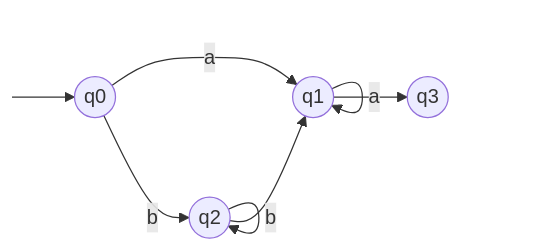
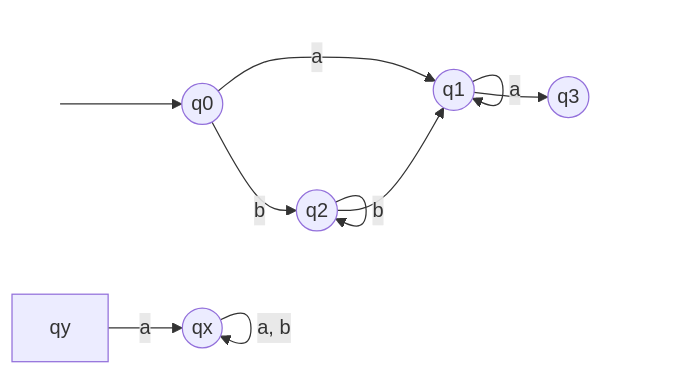
One commit to bfeitknecht/vault changed the first of 2 diagrams in sem3/TIN/UE/bf/TI-bf-u03.md. Above: the diagram before and after it, drawn with Mermaid.

Commit message:
backup: 2024-10-09T22:56:11+02:00 from MacBook Pro (echo)
Affected files:
sem3/TIN/UE/bf/TI-bf-u03.md

````diff
--- a/sem3/TIN/UE/bf/TI-bf-u03.md
+++ b/sem3/TIN/UE/bf/TI-bf-u03.md
@@ -24,23 +24,28 @@
 ```mermaid
 flowchart LR
 
 classDef hidden display: none;
 
 S:::hidden
 q0((q0))
 q1((q1))
 q2((q2))
 q3((q3))
+
+qx((qx))
 
 S --> q0
 
 q0 -->|"a"| q1
 q0 -->|"b"| q2
 
 q1 -->|"a"| q1
 q2 -->|"b"| q2
 
 q1 --> q3
 q2 --> q1
 
+qy -->|"a"| qx
+qx -->|"a, b"| qx
+
 ```
````
